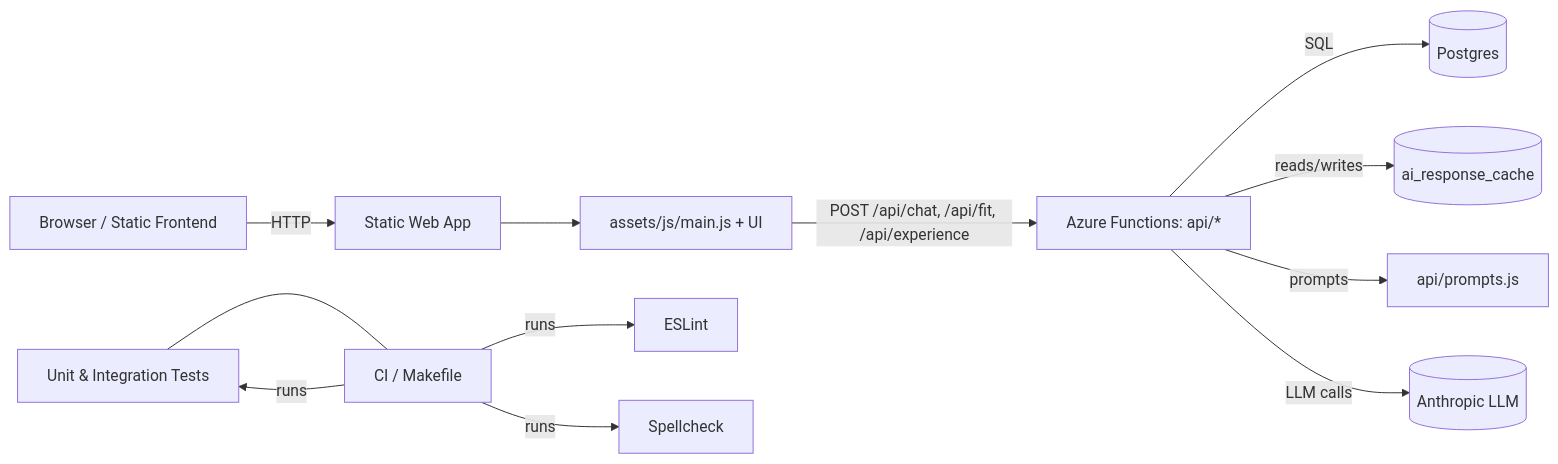
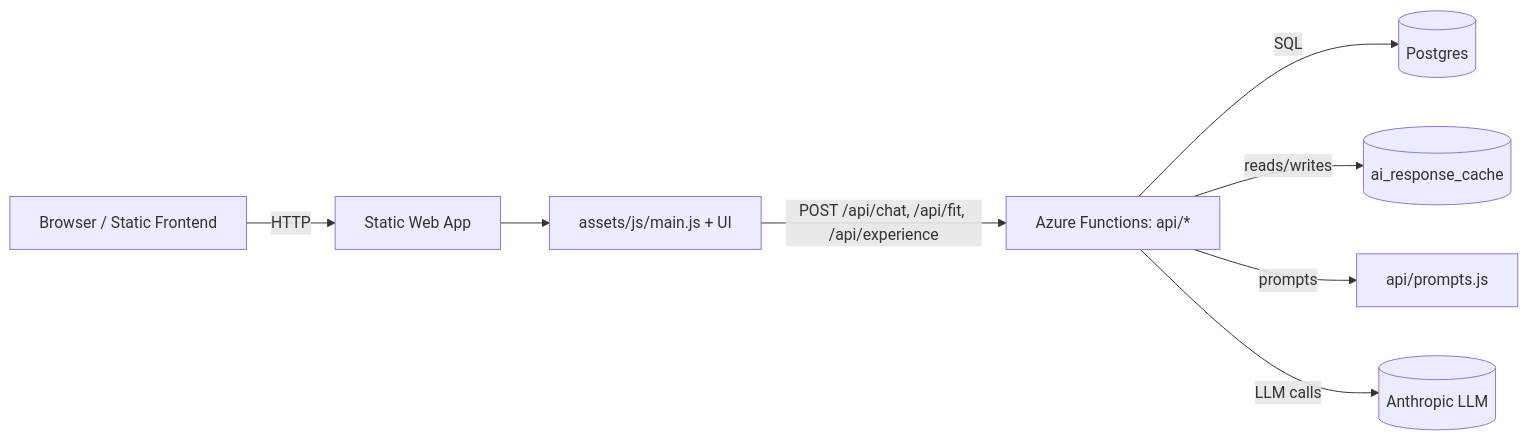
One commit to devgoon/me changed the first of 5 diagrams in docs/DESIGN.md. Above: the diagram before and after it, drawn with Mermaid. The commit also changed other lines of this file and 3 other files, not shown here.

````diff
--- a/docs/DESIGN.md
+++ b/docs/DESIGN.md
@@ -11,14 +11,10 @@
 ```mermaid
 flowchart LR
   Browser[Browser / Static Frontend] -->|HTTP| SWA[Static Web App]
   SWA --> FrontendJS[assets/js/main.js + UI]
   FrontendJS -->|POST /api/chat, /api/fit, /api/experience| API[Azure Functions: api/*]
   API -->|SQL| DB[(Postgres)]
   API -->|reads/writes| Cache[(ai_response_cache)]
   API -->|prompts| Prompts[api/prompts.js]
   API -->|LLM calls| Anthropic[(Anthropic LLM)]
-  Tests[Unit & Integration Tests] --- CI[CI / Makefile]
-  CI -->|runs| Lint[ESLint]
-  CI -->|runs| Tests
-  CI -->|runs| Spellcheck
 ```
````
